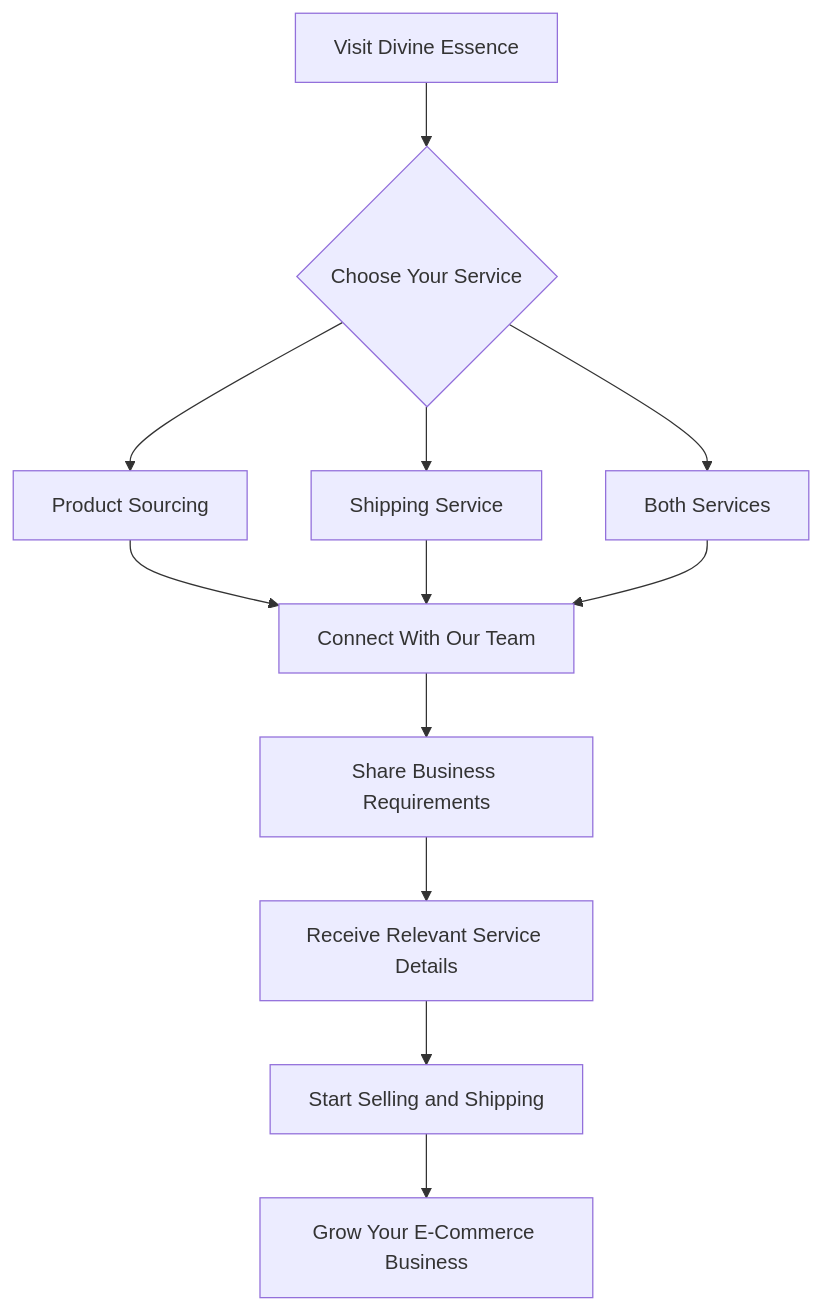
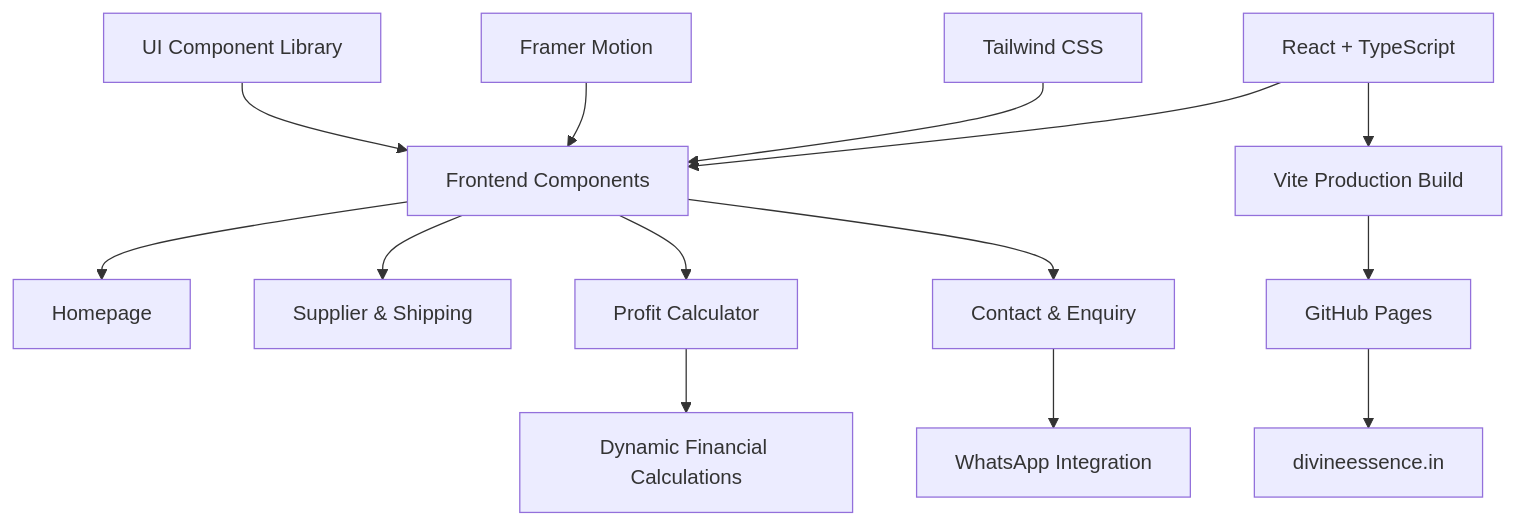
The diagram in README.md (wingscorporate/Divine-Essence), drawn with Mermaid before and after one commit. The commit also changed other lines of this file, not shown here.

````diff
--- a/README.md
+++ b/README.md
@@ -306,16 +68,19 @@
 ```mermaid
 flowchart TD
-    A[Visit Divine Essence] --> B{Choose Your Service}
-    B --> C[Product Sourcing]
-    B --> D[Shipping Service]
-    B --> E[Both Services]
+    A[React + TypeScript] --> B[Frontend Components]
+    B --> C[Homepage]
+    B --> D[Supplier & Shipping]
+    B --> E[Profit Calculator]
+    B --> F[Contact & Enquiry]
 
-    C --> F[Connect With Our Team]
-    D --> F
-    E --> F
+    G[Tailwind CSS] --> B
+    H[Framer Motion] --> B
+    I[UI Component Library] --> B
 
-    F --> G[Share Business Requirements]
-    G --> H[Receive Relevant Service Details]
-    H --> I[Start Selling and Shipping]
-    I --> J[Grow Your E-Commerce Business]
+    E --> J[Dynamic Financial Calculations]
+    F --> K[WhatsApp Integration]
+
+    A --> L[Vite Production Build]
+    L --> M[GitHub Pages]
+    M --> N[divineessence.in]
 ```
````
